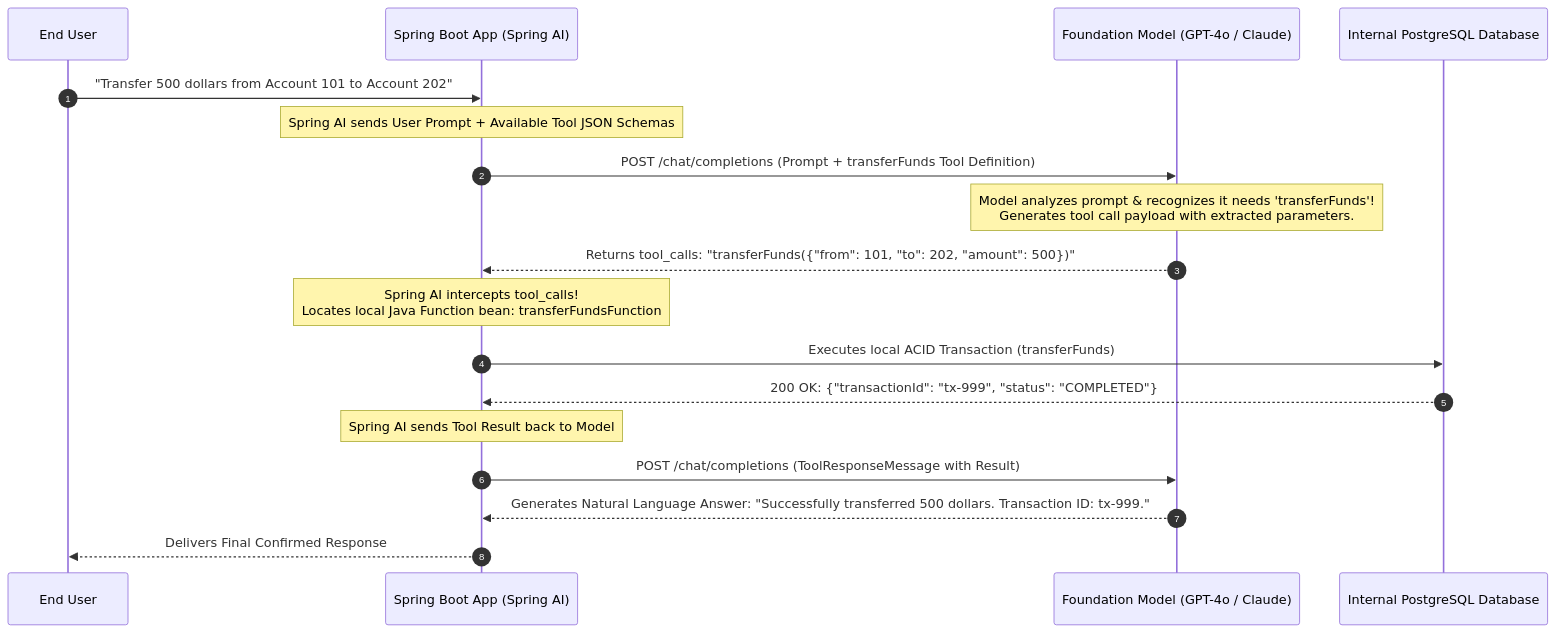
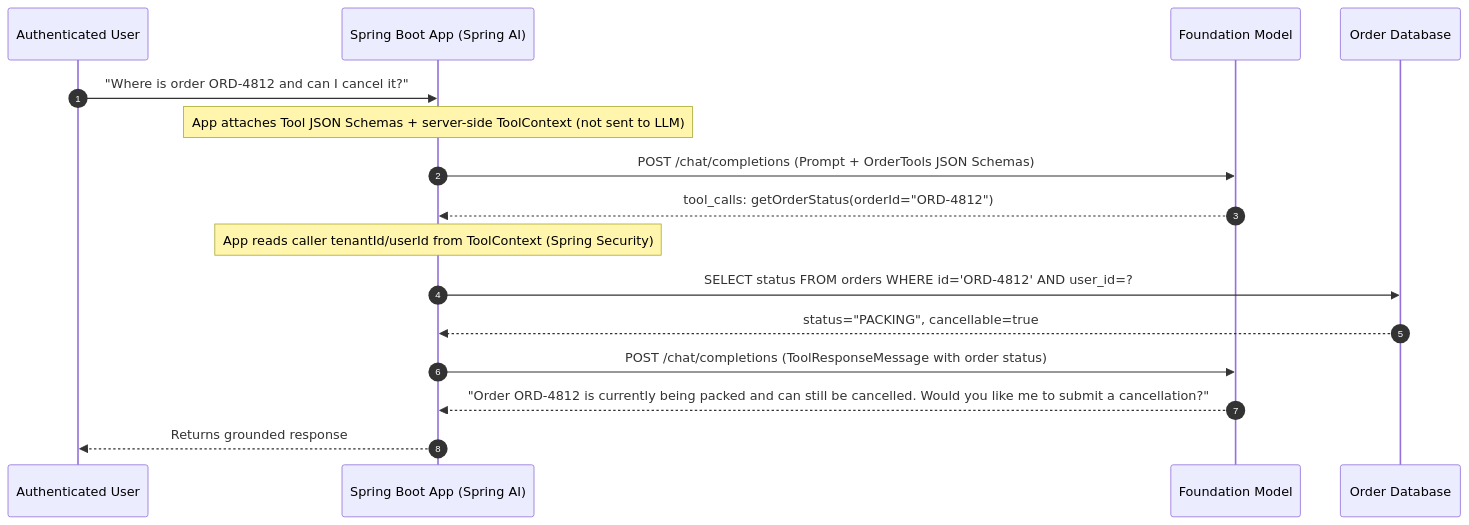
Before and after one commit to ravishankar2463/java_hub: the first of 3 diagrams in content/roadmap/level-14/llm-tool-calling-and-function-execution.md, drawn with Mermaid. The commit also changed other lines of this file and 119 other files, not shown here.

Commit message:
feat: add comprehensive java learning roadmap content across multiple levels

````diff
--- a/content/roadmap/level-14/llm-tool-calling-and-function-execution.md
+++ b/content/roadmap/level-14/llm-tool-calling-and-function-execution.md
@@ -25,26 +22,21 @@
 ```mermaid
 sequenceDiagram
     autonumber
-    participant User as End User
-    participant Spring as Spring Boot App (Spring AI)
-    participant Model as Foundation Model (GPT-4o / Claude)
-    participant DB as Internal PostgreSQL Database
+    participant User as Authenticated User
+    participant App as Spring Boot App (Spring AI)
+    participant LLM as Foundation Model
+    participant DB as Order Database
 
-    User->>Spring: "Transfer 500 dollars from Account 101 to Account 202"
-    
-    Note over Spring: Spring AI sends User Prompt + Available Tool JSON Schemas
-    Spring->>Model: POST /chat/completions (Prompt + transferFunds Tool Definition)
+    User->>App: "Where is order ORD-4812 and can I cancel it?"
+    Note over App: App attaches Tool JSON Schemas + server-side ToolContext (not sent to LLM)
+    App->>LLM: POST /chat/completions (Prompt + OrderTools JSON Schemas)
 
-    Note over Model: Model analyzes prompt & recognizes it needs 'transferFunds'!<br/>Generates tool call payload with extracted parameters.
-    Model-->>Spring: Returns tool_calls: "transferFunds({"from": 101, "to": 202, "amount": 500})"
+    LLM-->>App: tool_calls: getOrderStatus(orderId="ORD-4812")
+    Note over App: App reads caller tenantId/userId from ToolContext (Spring Security)
+    App->>DB: SELECT status FROM orders WHERE id='ORD-4812' AND user_id=?
+    DB-->>App: status="PACKING", cancellable=true
 
-    Note over Spring: Spring AI intercepts tool_calls!<br/>Locates local Java Function bean: transferFundsFunction
-    Spring->>DB: Executes local ACID Transaction (transferFunds)
-    DB-->>Spring: 200 OK: {"transactionId": "tx-999", "status": "COMPLETED"}
-
-    Note over Spring: Spring AI sends Tool Result back to Model
-    Spring->>Model: POST /chat/completions (ToolResponseMessage with Result)
-    
-    Model-->>Spring: Generates Natural Language Answer: "Successfully transferred 500 dollars. Transaction ID: tx-999."
-    Spring-->>User: Delivers Final Confirmed Response
+    App->>LLM: POST /chat/completions (ToolResponseMessage with order status)
+    LLM-->>App: "Order ORD-4812 is currently being packed and can still be cancelled. Would you like me to submit a cancellation?"
+    App-->>User: Returns grounded response
 ```
````
